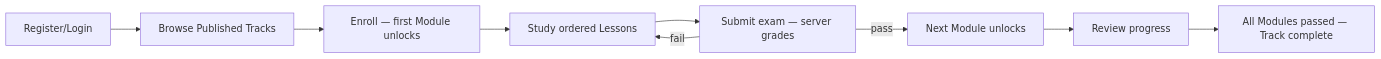
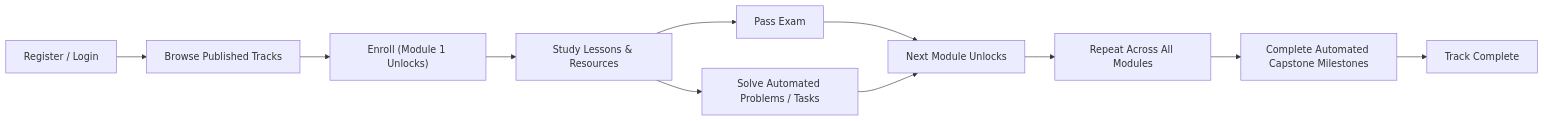
The ninth of 9 diagrams in docs/business/WORKFLOWS.md (AbdelrahmanYehiaGharib23/TalebElm), drawn with Mermaid before and after one commit. The commit also changed other lines of this file and 25 other files, not shown here.

First line of the commit message:
docs: add product vision, roadmap, automated verification and resource hub specs (#331)

````diff
--- a/docs/business/WORKFLOWS.md
+++ b/docs/business/WORKFLOWS.md
@@ -79,11 +195,13 @@
 ```mermaid
 flowchart LR
-    R[Register/Login] --> B[Browse Published Tracks]
-    B --> E[Enroll — first Module unlocks]
-    E --> S[Study ordered Lessons]
-    S --> X[Submit exam — server grades]
-    X -- pass --> N[Next Module unlocks]
-    X -- fail --> S
-    N --> V[Review progress]
-    V --> DONE[All Modules passed — Track complete]
+    R["Register / Login"] --> B["Browse Published Tracks"]
+    B --> E["Enroll (Module 1 Unlocks)"]
+    E --> S["Study Lessons & Resources"]
+    S --> X["Pass Exam"]
+    S --> P["Solve Automated Problems / Tasks"]
+    X --> N["Next Module Unlocks"]
+    P --> N
+    N --> V["Repeat Across All Modules"]
+    V --> CAP["Complete Automated Capstone Milestones"]
+    CAP --> DONE["Track Complete"]
 ```
````
